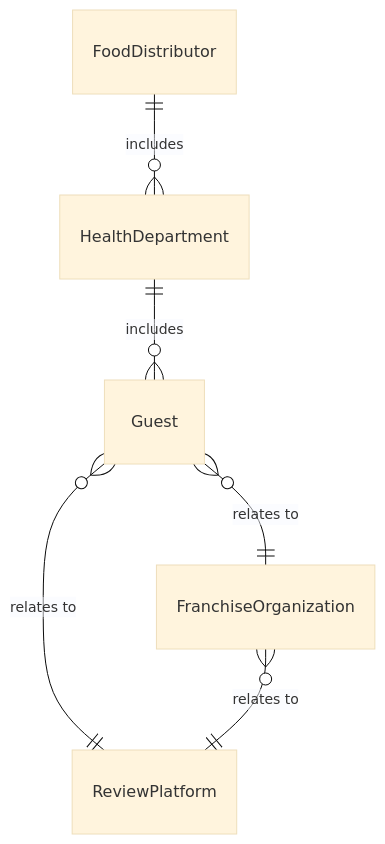
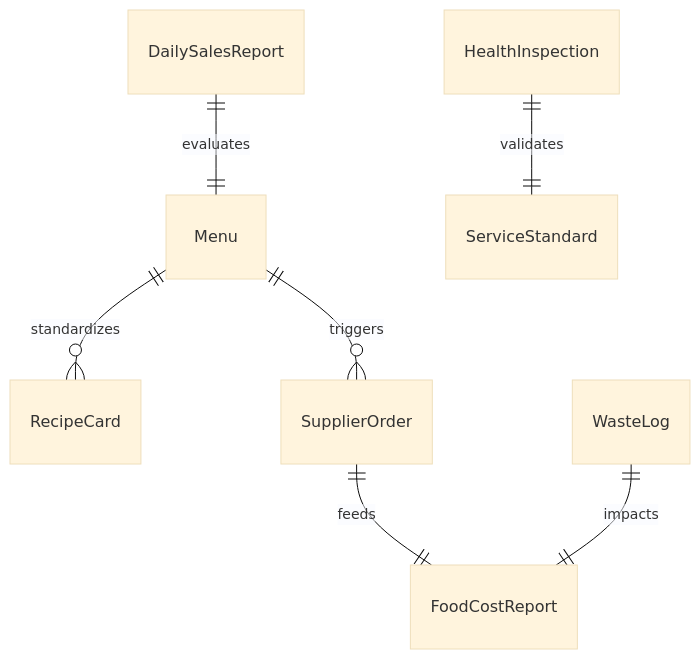
One commit to dot-org-ai/tasks.org.ai changed the first of 4 diagrams in GuidingDirectingAndMotivatingSubordinates/DirectOrganizationalOperationsActivitiesOrProcedures/ManageFoodServiceOperationsParts.mdx. Above: the diagram before and after it, drawn with Mermaid (base theme). The commit also changed other lines of this file and 515 other files, not shown here.

````diff
--- a/GuidingDirectingAndMotivatingSubordinates/DirectOrganizationalOperationsActivitiesOrProcedures/ManageFoodServiceOperationsParts.mdx
+++ b/GuidingDirectingAndMotivatingSubordinates/DirectOrganizationalOperationsActivitiesOrProcedures/ManageFoodServiceOperationsParts.mdx
@@ -91,8 +91,9 @@
 ```mermaid
 erDiagram
-    FoodDistributor ||--o{ HealthDepartment : includes
-    HealthDepartment ||--o{ Guest : includes
-    Guest }o--|| FranchiseOrganization : "relates to"
-    Guest }o--|| ReviewPlatform : "relates to"
-    FranchiseOrganization }o--|| ReviewPlatform : "relates to"
+    Menu ||--o{ RecipeCard : "standardizes"
+    Menu ||--o{ SupplierOrder : "triggers"
+    SupplierOrder ||--|| FoodCostReport : "feeds"
+    HealthInspection ||--|| ServiceStandard : "validates"
+    WasteLog ||--|| FoodCostReport : "impacts"
+    DailySalesReport ||--|| Menu : "evaluates"
 ```
````
